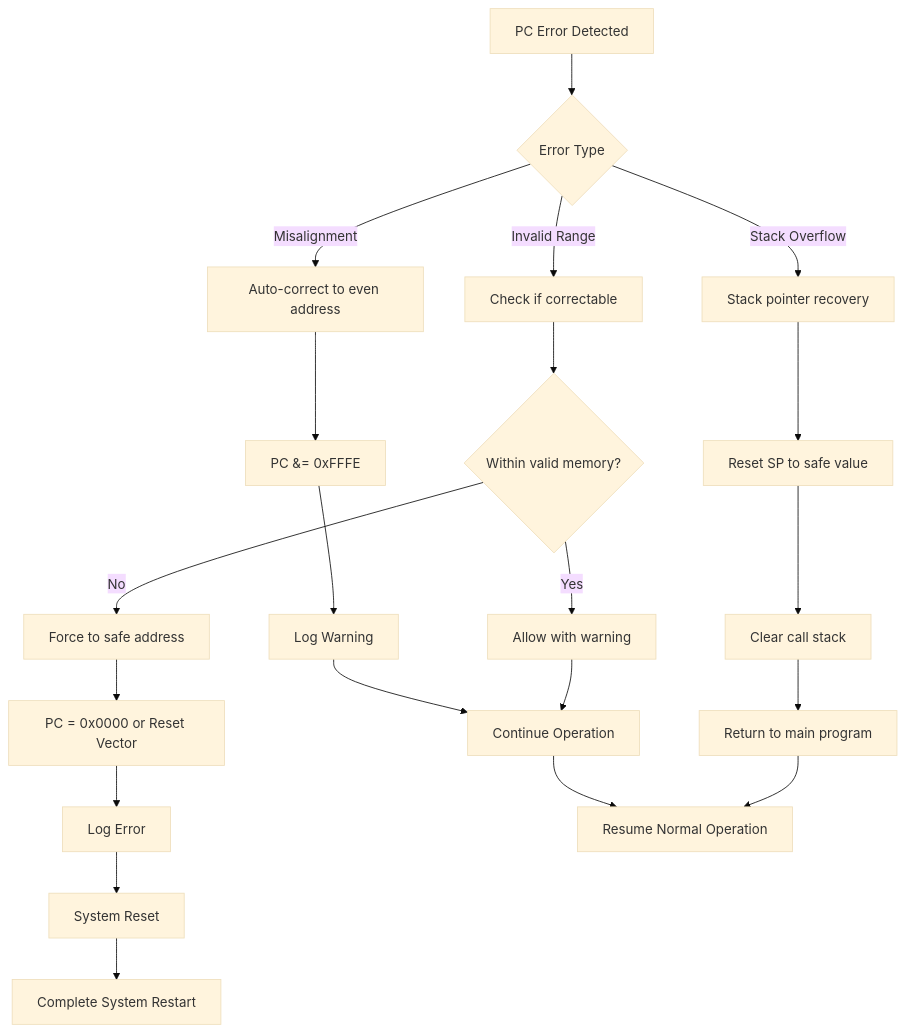
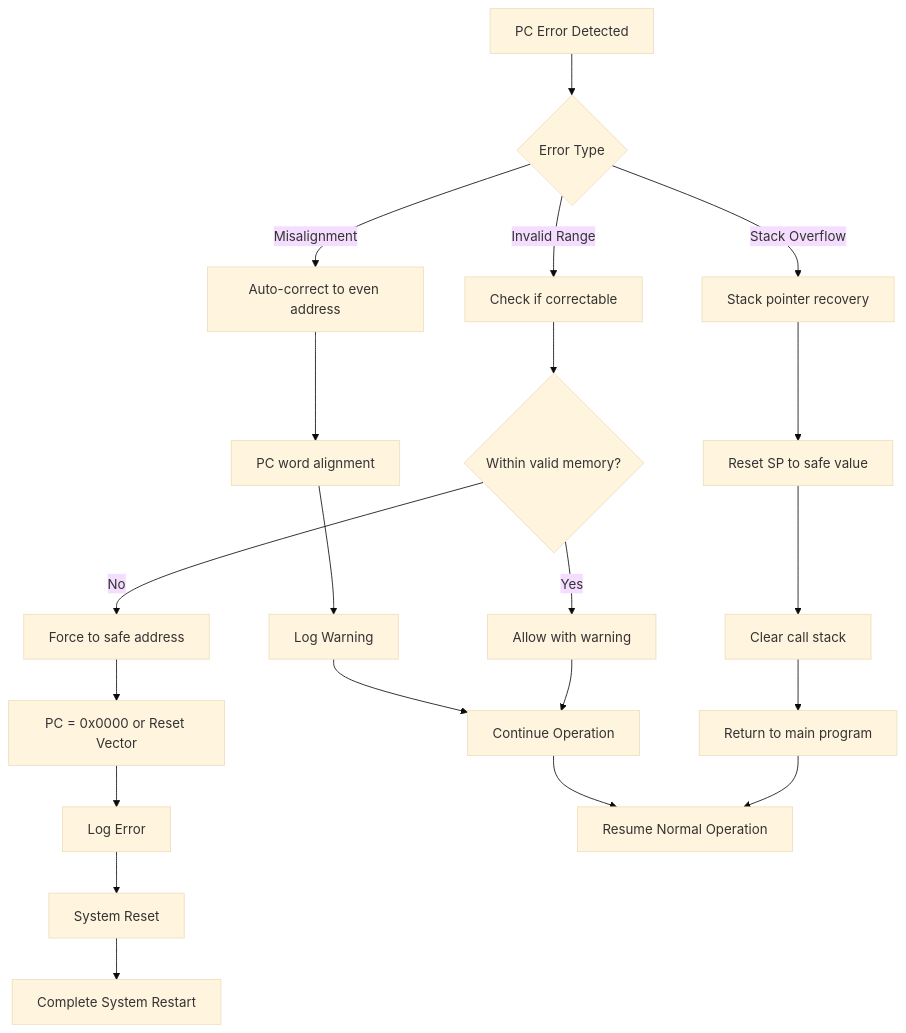
One commit to grahame-white/ai_msp430_emulator changed the tenth of 10 diagrams in docs/diagrams/cpu/pc_state_transitions.md. Above: the diagram before and after it, drawn with Mermaid (base theme). The commit also changed other lines of this file, not shown here.

Commit message:
Fix remaining Mermaid diagram parsing errors by removing bitwise operators and complex expressions from node labels

````diff
--- a/docs/diagrams/cpu/pc_state_transitions.md
+++ b/docs/diagrams/cpu/pc_state_transitions.md
@@ -359,29 +359,29 @@
 ```mermaid
 flowchart TD
     A[PC Error Detected] --> B{Error Type}
     B -->|Misalignment| C[Auto-correct to even address]
     B -->|Invalid Range| D[Check if correctable]
     B -->|Stack Overflow| E[Stack pointer recovery]
     
-    C --> F[PC &= 0xFFFE]
+    C --> F[PC word alignment]
     F --> G[Log Warning]
     G --> H[Continue Operation]
     
     D --> I{Within valid memory?}
     I -->|Yes| J[Allow with warning]
     I -->|No| K[Force to safe address]
     
     E --> L[Reset SP to safe value]
     L --> M[Clear call stack]
     M --> N[Return to main program]
     
     J --> H
     K --> O[PC = 0x0000 or Reset Vector]
     O --> P[Log Error]
     P --> Q[System Reset]
     
     H --> R[Resume Normal Operation]
     N --> R
     Q --> S[Complete System Restart]
 
 ```
````
